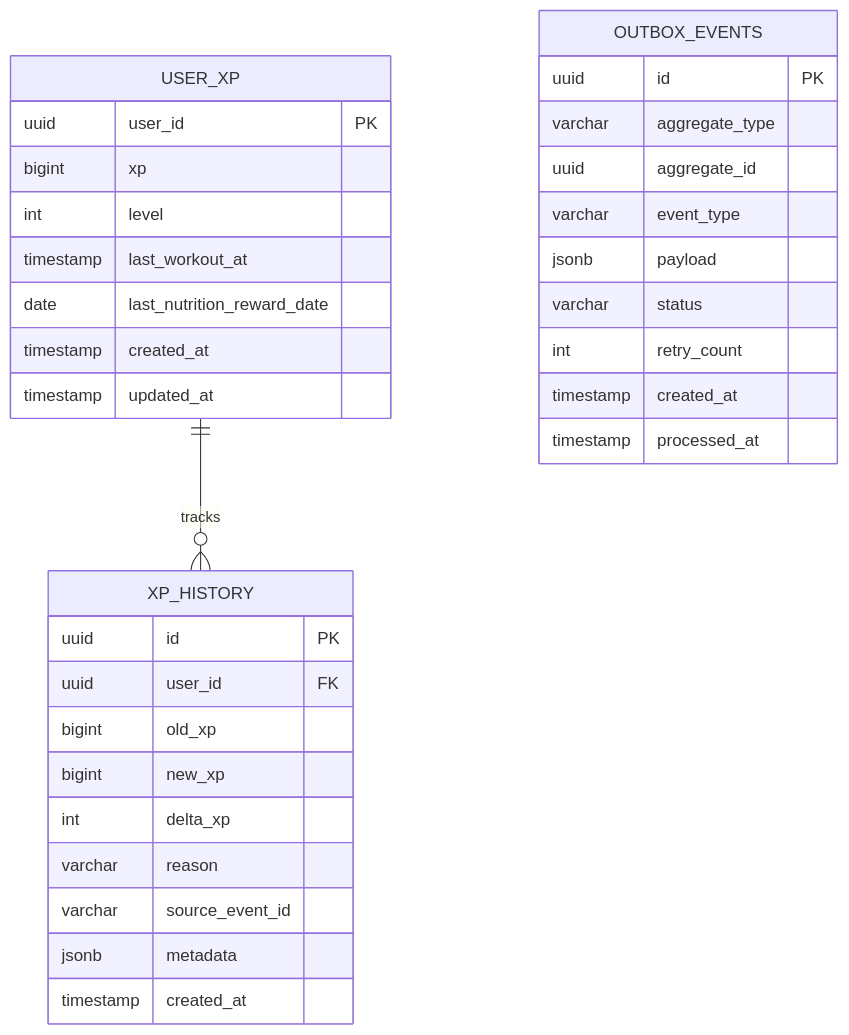
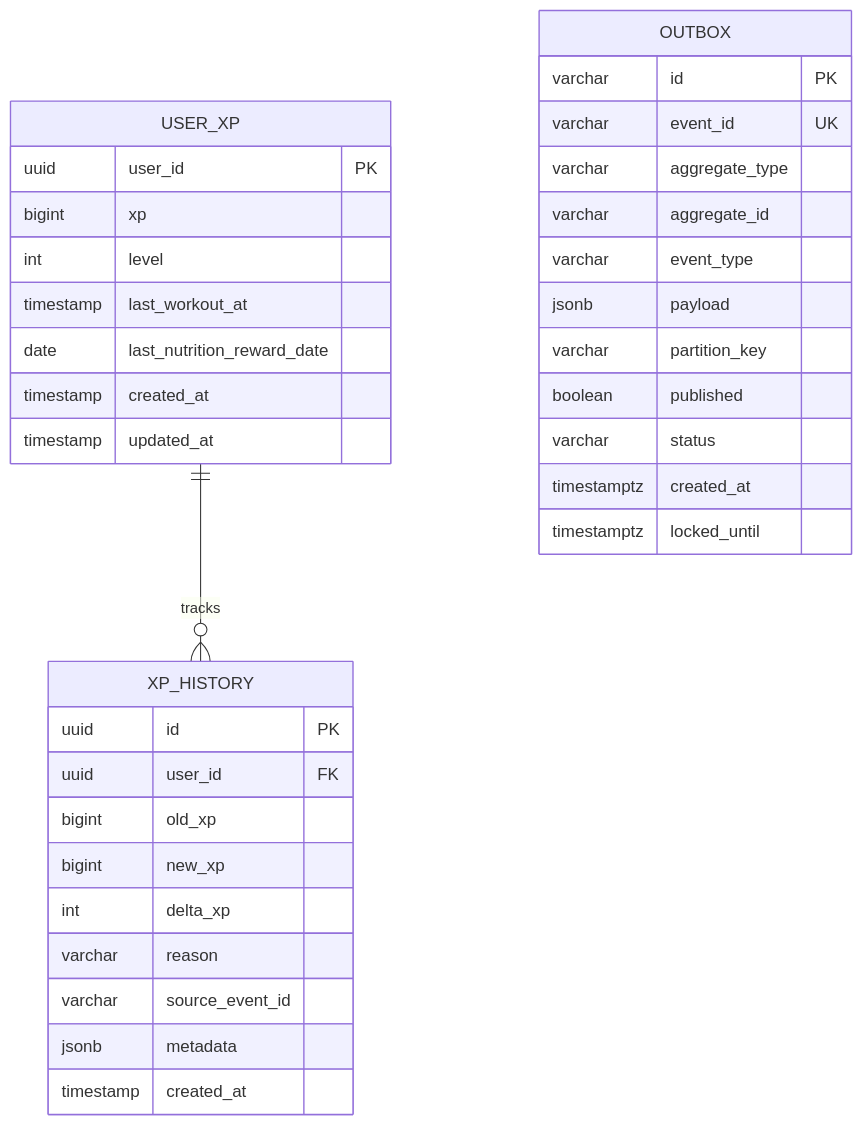
One commit to viethung213/gym-companion changed the second of 5 diagrams in internal/gamification/docs/features/xp-and-levels/02-design.md. Above: the diagram before and after it, drawn with Mermaid. The commit also changed other lines of this file and 2 other files, not shown here.

Commit message:
docs(gamification): bổ sung đặc tả Transactional Outbox dùng chung toàn module và chuẩn hóa bảng outbox

````diff
--- a/internal/gamification/docs/features/xp-and-levels/02-design.md
+++ b/internal/gamification/docs/features/xp-and-levels/02-design.md
@@ -122,37 +122,39 @@
 ```mermaid
 erDiagram
     USER_XP ||--o{ XP_HISTORY : tracks
     USER_XP {
         uuid user_id PK
         bigint xp
         int level
         timestamp last_workout_at
         date last_nutrition_reward_date
         timestamp created_at
         timestamp updated_at
     }
 
     XP_HISTORY {
         uuid id PK
         uuid user_id FK
         bigint old_xp
         bigint new_xp
         int delta_xp
         varchar reason
         varchar source_event_id
         jsonb metadata
         timestamp created_at
     }
 
-    OUTBOX_EVENTS {
-        uuid id PK
+    OUTBOX {
+        varchar id PK
+        varchar event_id UK
         varchar aggregate_type
-        uuid aggregate_id
+        varchar aggregate_id
         varchar event_type
         jsonb payload
+        varchar partition_key
+        boolean published
         varchar status
-        int retry_count
-        timestamp created_at
-        timestamp processed_at
+        timestamptz created_at
+        timestamptz locked_until
     }
 ```
````
